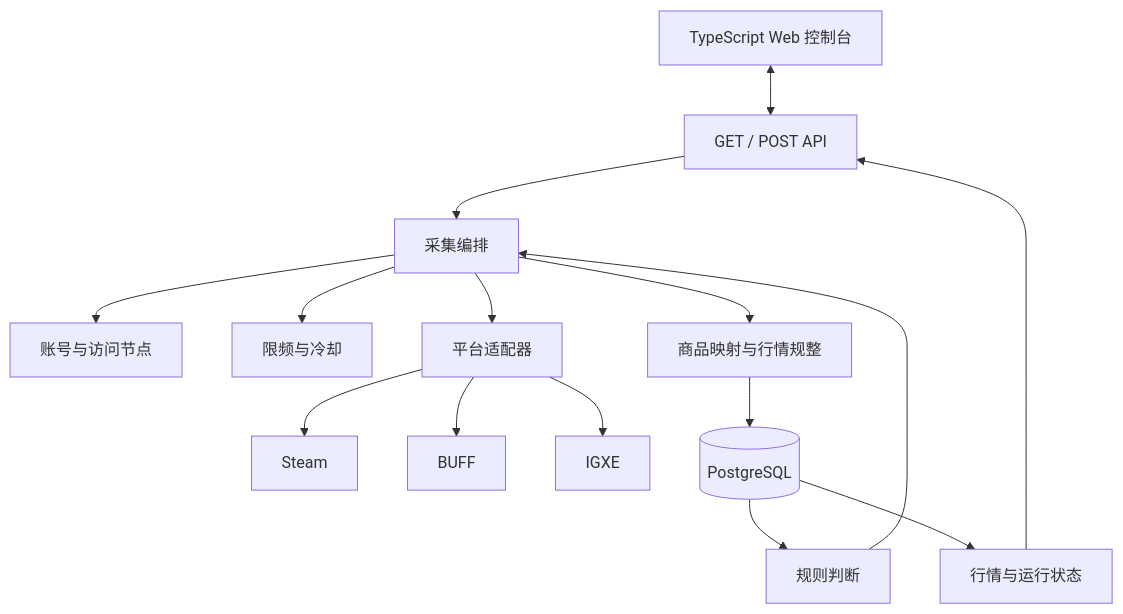
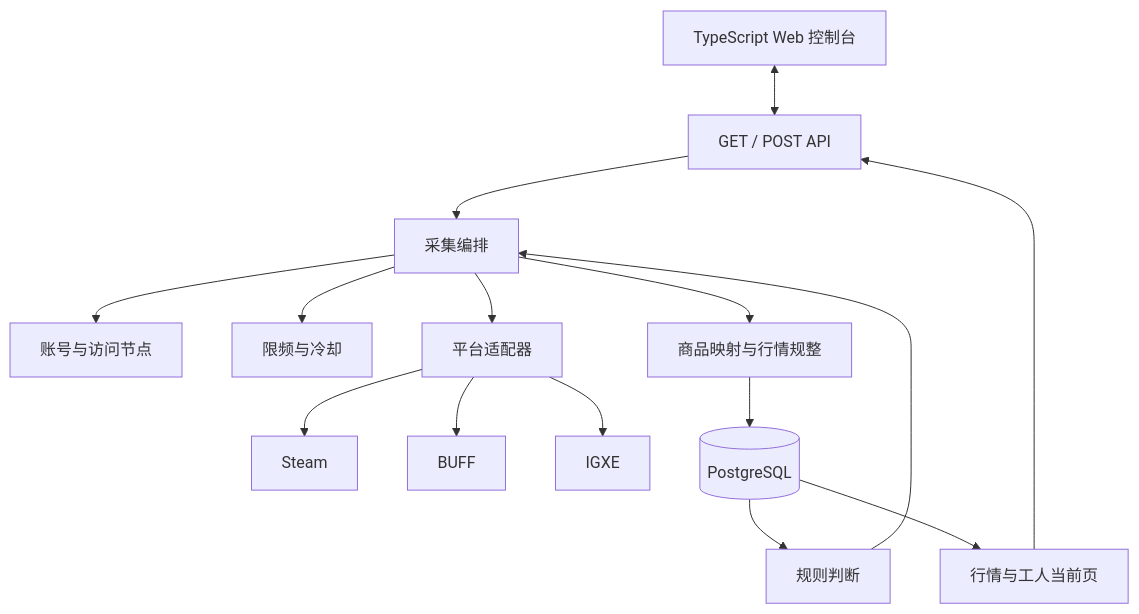
One commit to Ayuan97/buff-go changed the diagram in docs/ARCHITECTURE.md. Above: the diagram before and after it, drawn with Mermaid. The commit also changed other lines of this file and 133 other files, not shown here.

````diff
--- a/docs/ARCHITECTURE.md
+++ b/docs/ARCHITECTURE.md
@@ -20,17 +20,17 @@
 ```mermaid
 flowchart TB
     WEB["TypeScript Web 控制台"] <--> API["GET / POST API"]
     API --> C["采集编排"]
     C --> RES["账号与访问节点"]
     C --> RATE["限频与冷却"]
     C --> ADAPTER["平台适配器"]
     ADAPTER --> STEAM["Steam"]
     ADAPTER --> BUFF["BUFF"]
     ADAPTER --> IGXE["IGXE"]
     C --> NORMAL["商品映射与行情规整"]
     NORMAL --> PG[("PostgreSQL")]
     PG --> RULE["规则判断"]
     RULE --> C
-    PG --> VIEW["行情与运行状态"]
+    PG --> VIEW["行情与工人当前页"]
     VIEW --> API
 ```
````
